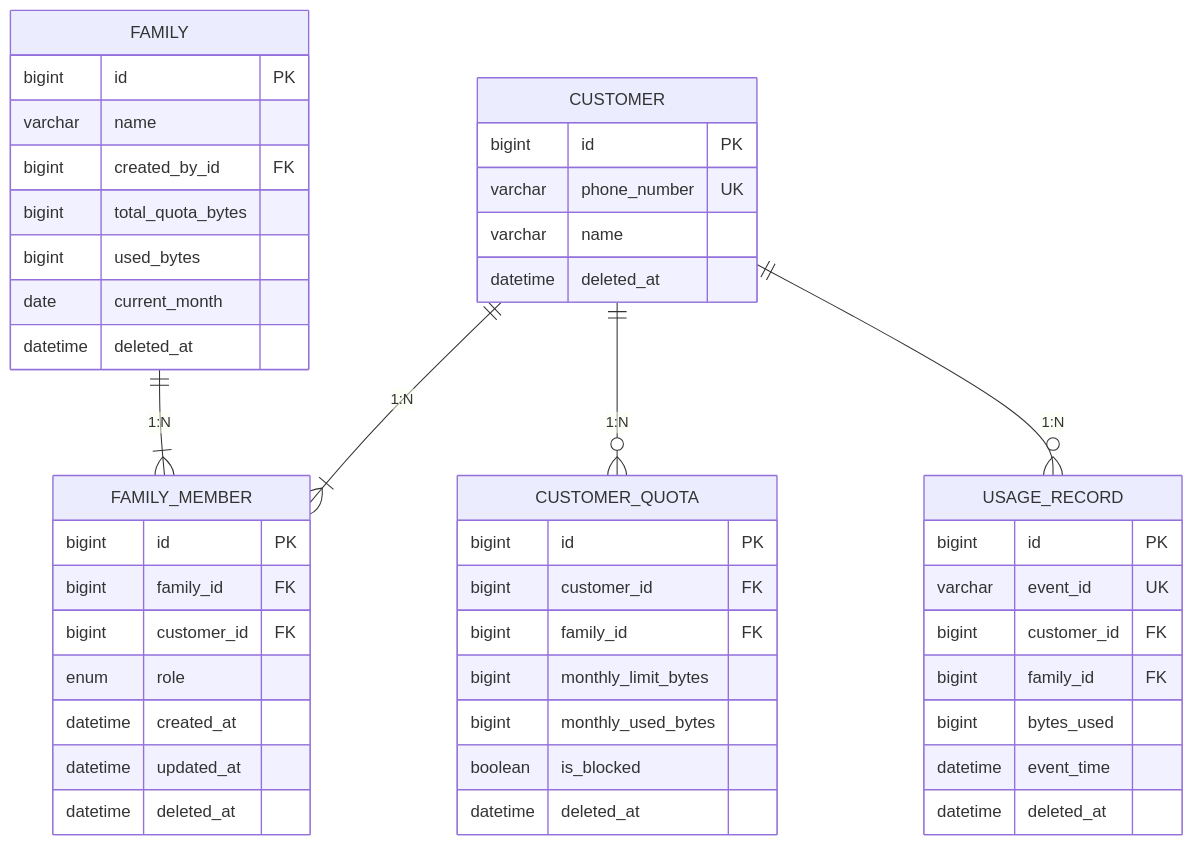
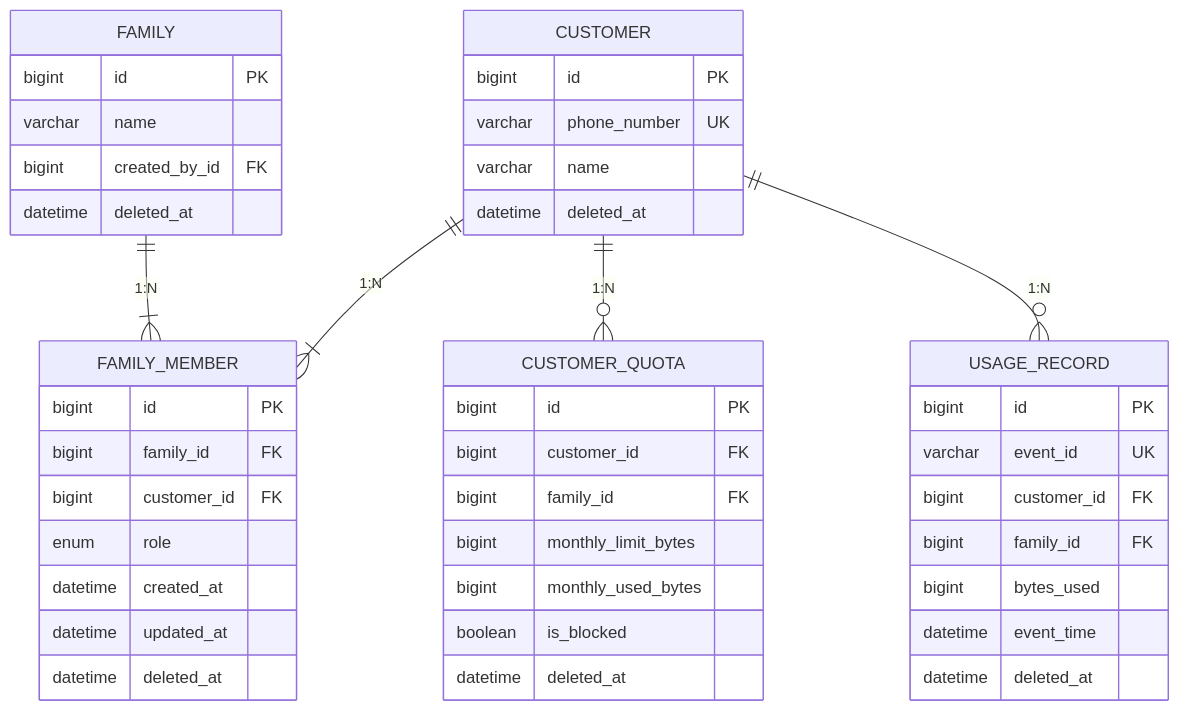
The second of 6 diagrams in docs/ERD.md (da-bom/lib-schema), drawn with Mermaid before and after one commit. The commit also changed other lines of this file and 3 other files, not shown here.

````diff
--- a/docs/ERD.md
+++ b/docs/ERD.md
@@ -414,54 +428,51 @@
 ```mermaid
 erDiagram
     CUSTOMER ||--|{ FAMILY_MEMBER : "1:N"
     FAMILY ||--|{ FAMILY_MEMBER : "1:N"
     CUSTOMER ||--o{ CUSTOMER_QUOTA : "1:N"
     CUSTOMER ||--o{ USAGE_RECORD : "1:N"
 
     CUSTOMER {
         bigint id PK
         varchar phone_number UK
         varchar name
         datetime deleted_at
     }
 
     FAMILY {
         bigint id PK
         varchar name
         bigint created_by_id FK
-        bigint total_quota_bytes
-        bigint used_bytes
-        date current_month
         datetime deleted_at
     }
 
     FAMILY_MEMBER {
         bigint id PK
         bigint family_id FK
         bigint customer_id FK
         enum role
         datetime created_at
         datetime updated_at
         datetime deleted_at
     }
 
     CUSTOMER_QUOTA {
         bigint id PK
         bigint customer_id FK
         bigint family_id FK
         bigint monthly_limit_bytes
         bigint monthly_used_bytes
         boolean is_blocked
         datetime deleted_at
     }
 
     USAGE_RECORD {
         bigint id PK
         varchar event_id UK
         bigint customer_id FK
         bigint family_id FK
         bigint bytes_used
         datetime event_time
         datetime deleted_at
     }
 ```
````
